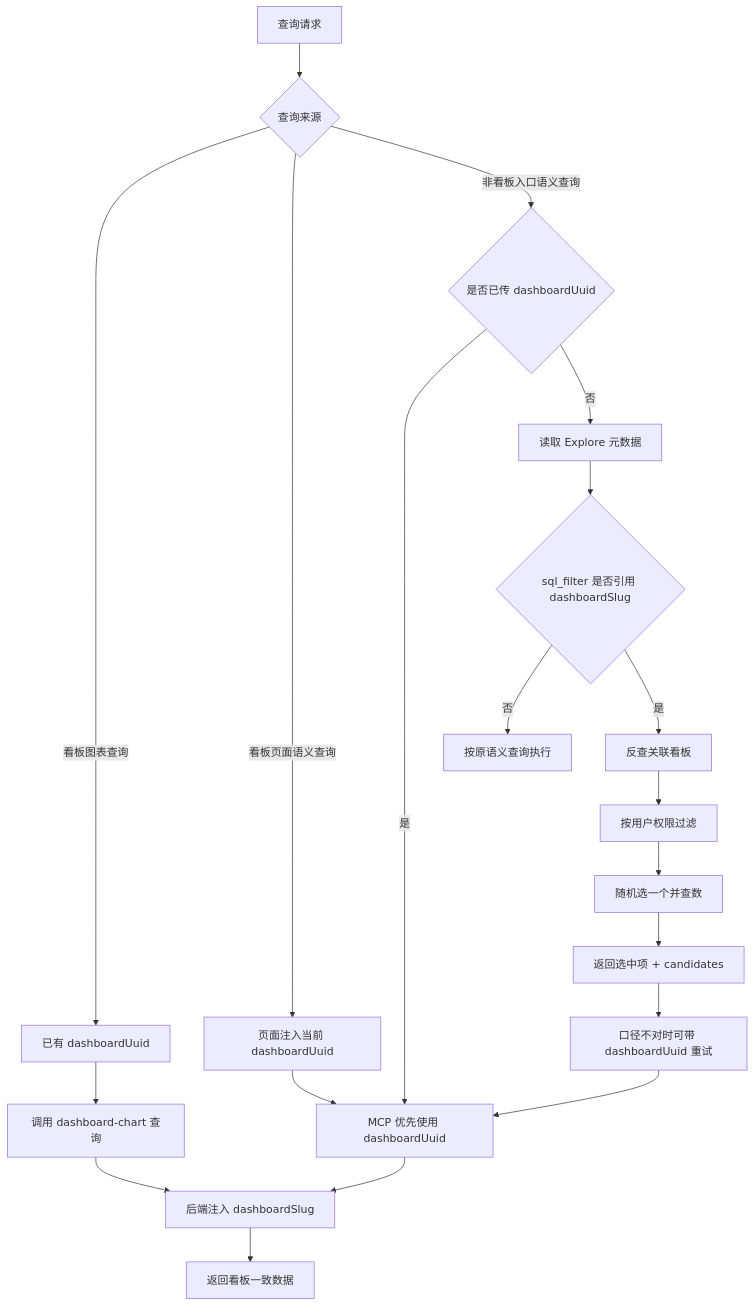
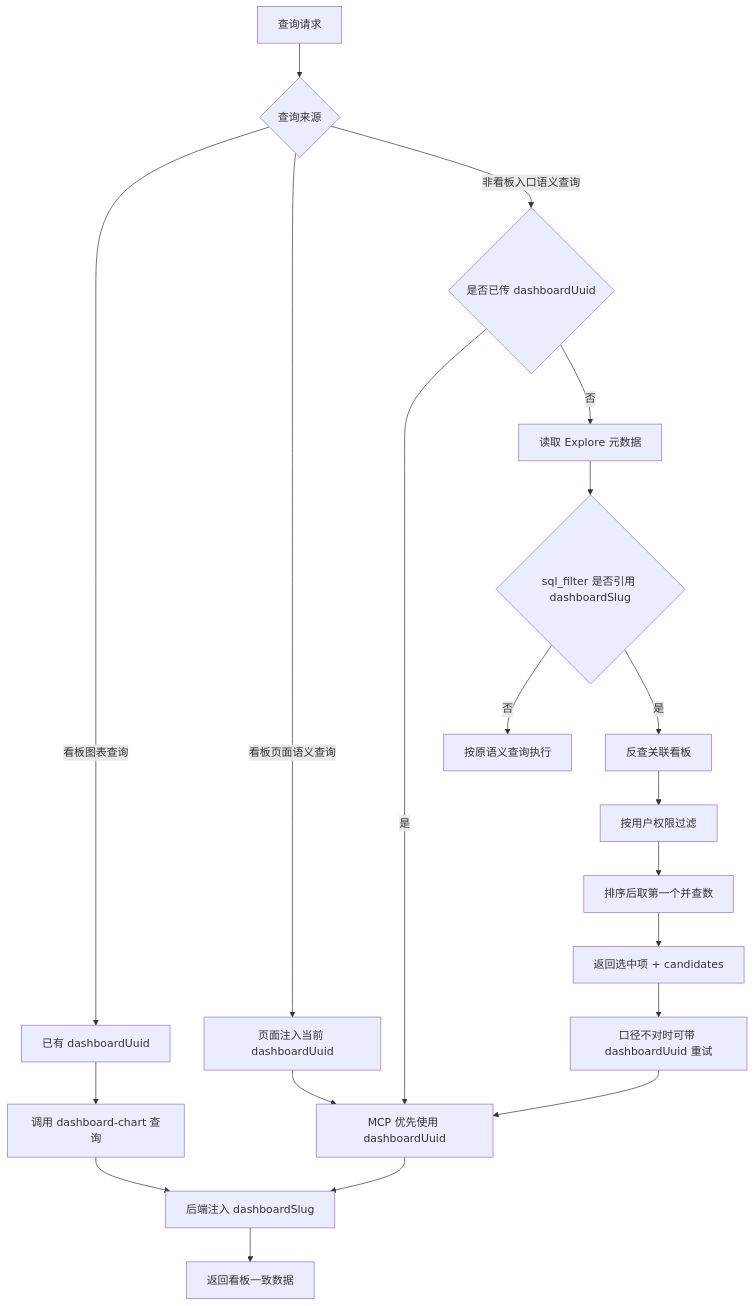
One commit to winwin-inc/lightdash-i18n changed the first of 2 diagrams in docs/mcp-dashboard-context.md. Above: the diagram before and after it, drawn with Mermaid. The commit also changed other lines of this file and 2 other files, not shown here.

````diff
--- a/docs/mcp-dashboard-context.md
+++ b/docs/mcp-dashboard-context.md
@@ -38,25 +38,25 @@
 ```mermaid
 flowchart TD
   start["查询请求"] --> queryType{"查询来源"}
 
   queryType -->|"看板图表查询"| dashboardTile["已有 dashboardUuid"]
   dashboardTile --> dashboardChart["调用 dashboard-chart 查询"]
   dashboardChart --> withSlug["后端注入 dashboardSlug"]
   withSlug --> resultOk["返回看板一致数据"]
 
   queryType -->|"看板页面语义查询"| pageInject["页面注入当前 dashboardUuid"]
   pageInject --> mcpUseUuid["MCP 优先使用 dashboardUuid"]
   mcpUseUuid --> withSlug
 
   queryType -->|"非看板入口语义查询"| hasUuid{"是否已传 dashboardUuid"}
   hasUuid -->|"是"| mcpUseUuid
   hasUuid -->|"否"| getExplore["读取 Explore 元数据"]
   getExplore --> hasFilter{"sql_filter 是否引用 dashboardSlug"}
   hasFilter -->|"否"| normalQuery["按原语义查询执行"]
   hasFilter -->|"是"| findDashboards["反查关联看板"]
   findDashboards --> permissionFilter["按用户权限过滤"]
-  permissionFilter --> pick["随机选一个并查数"]
+  permissionFilter --> pick["排序后取第一个并查数"]
   pick --> echo["返回选中项 + candidates"]
   echo --> retry["口径不对时可带 dashboardUuid 重试"]
   retry --> mcpUseUuid
 ```
````
